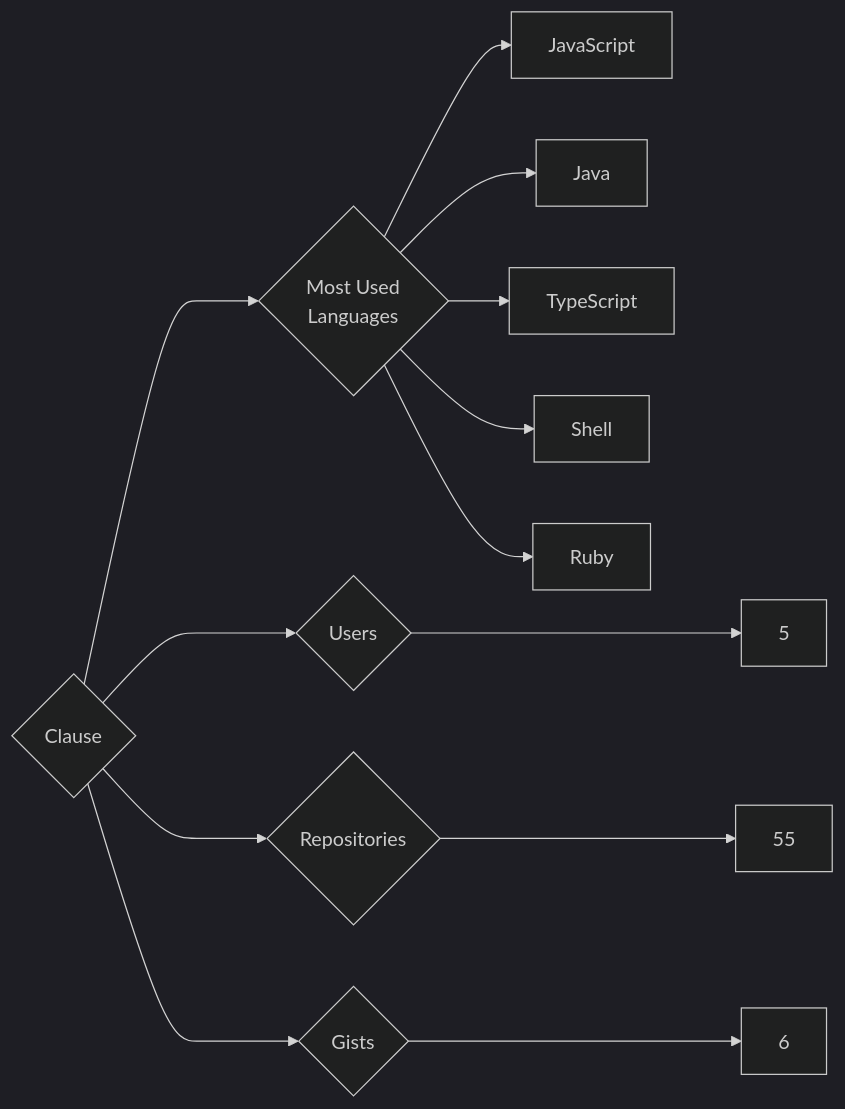
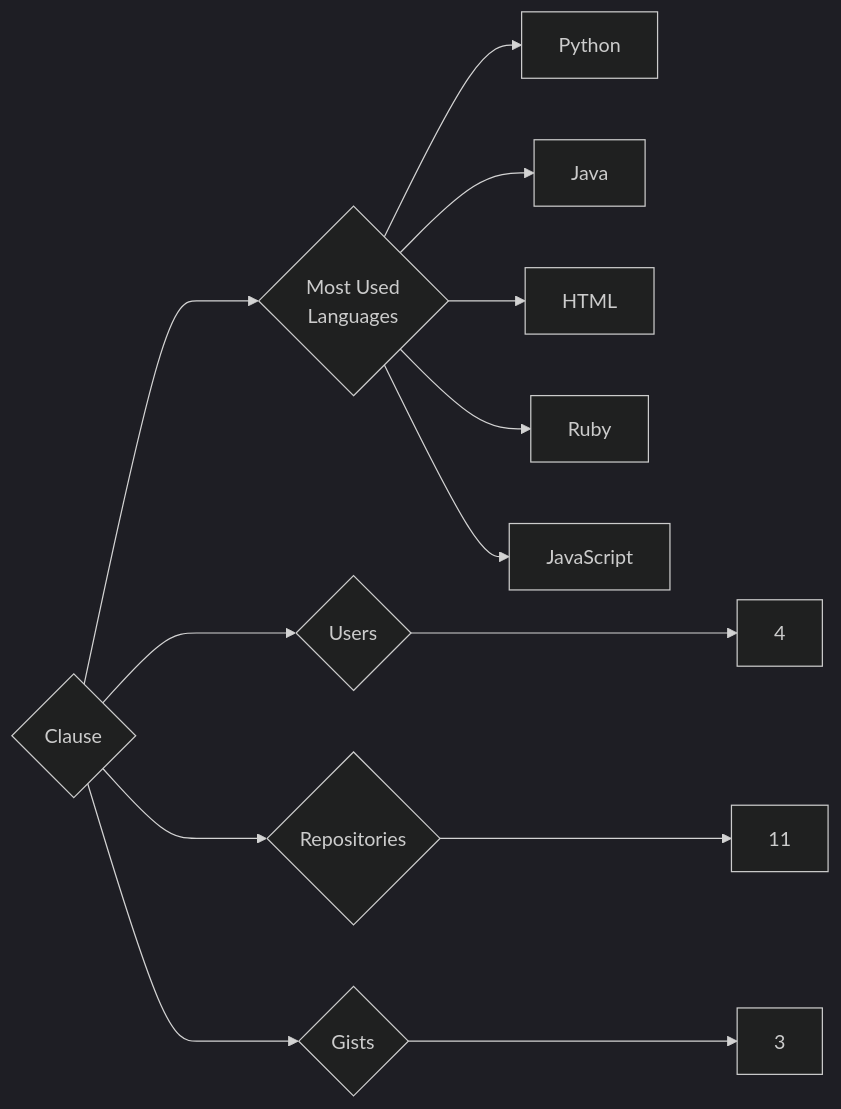
One commit to trickest/insiders changed the diagram in targets/Clause/README.md. Above: the diagram before and after it, drawn with Mermaid (dark theme). The commit also changed 681 other files, not shown here.

````diff
--- a/targets/Clause/README.md
+++ b/targets/Clause/README.md
@@ -3,13 +3,13 @@
 ```mermaid
 graph LR
 COMPANY_NAME{Clause}
-COMPANY_NAME ---> U{Users} ---> UN[5]
-COMPANY_NAME ---> R{Repositories} ---> RN[55]
-COMPANY_NAME ---> G{Gists} ---> GN[6]
+COMPANY_NAME ---> U{Users} ---> UN[4]
+COMPANY_NAME ---> R{Repositories} ---> RN[11]
+COMPANY_NAME ---> G{Gists} ---> GN[3]
 COMPANY_NAME ---> ML{Most Used<br>Languages}
+ML --> Python[Python]
+ML --> Java[Java]
+ML --> HTML[HTML]
+ML --> Ruby[Ruby]
 ML --> JavaScript[JavaScript]
-ML --> Java[Java]
-ML --> TypeScript[TypeScript]
-ML --> Shell[Shell]
-ML --> Ruby[Ruby]
 ```
````
